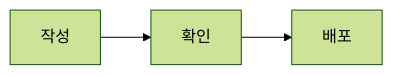
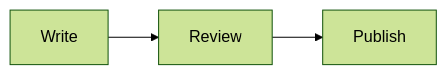
One commit to minu-ha/for-humanity changed the diagram in content/public/writing.md. Above: the diagram before and after it, drawn with Mermaid (forest theme). The commit also changed other lines of this file and 30 other files, not shown here.

````diff
--- a/content/public/writing.md
+++ b/content/public/writing.md
@@ -142,5 +142,5 @@
 ```mermaid
 flowchart LR
-    Draft[작성] --> Review[확인]
-    Review --> Publish[배포]
+    Draft[Write] --> Review[Review]
+    Review --> Publish[Publish]
 ```
````
